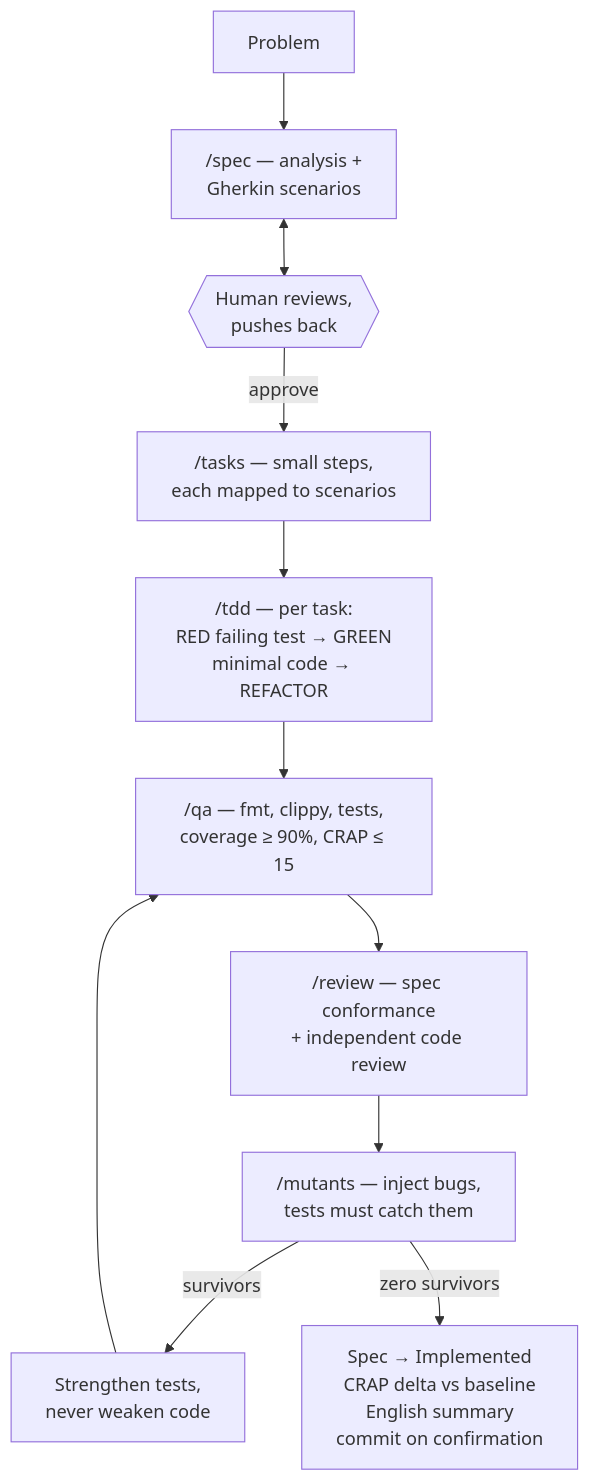
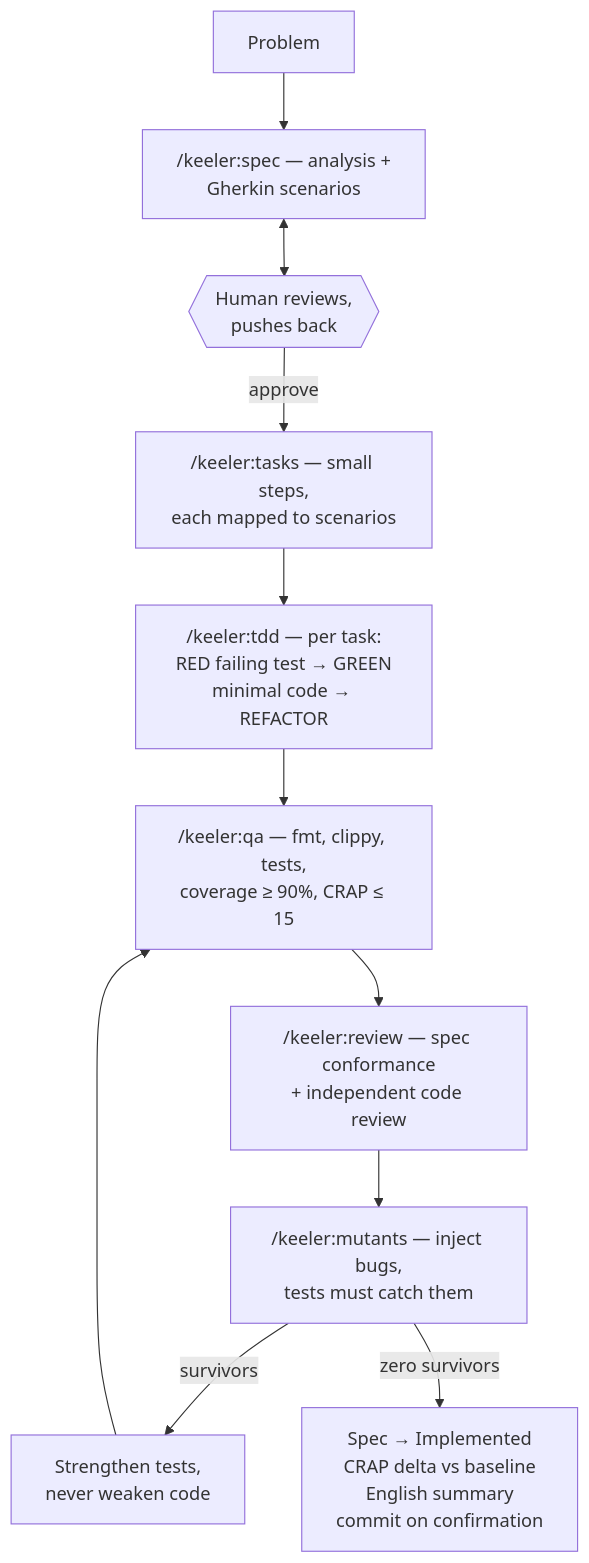
The second of 2 diagrams in KEELER.md (minikin/keeler), drawn with Mermaid before and after one commit. The commit also changed other lines of this file and 18 other files, not shown here.

````diff
--- a/KEELER.md
+++ b/KEELER.md
@@ -65,12 +65,12 @@
 ```mermaid
 flowchart TD
-    P[Problem] --> S["/spec — analysis +<br/>Gherkin scenarios"]
+    P[Problem] --> S["/keeler:spec — analysis +<br/>Gherkin scenarios"]
     S <--> H{{Human reviews,<br/>pushes back}}
-    H -- approve --> T["/tasks — small steps,<br/>each mapped to scenarios"]
-    T --> TDD["/tdd — per task:<br/>RED failing test → GREEN<br/>minimal code → REFACTOR"]
-    TDD --> QA["/qa — fmt, clippy, tests,<br/>coverage ≥ 90%, CRAP ≤ 15"]
-    QA --> R["/review — spec conformance<br/>+ independent code review"]
-    R --> M["/mutants — inject bugs,<br/>tests must catch them"]
+    H -- approve --> T["/keeler:tasks — small steps,<br/>each mapped to scenarios"]
+    T --> TDD["/keeler:tdd — per task:<br/>RED failing test → GREEN<br/>minimal code → REFACTOR"]
+    TDD --> QA["/keeler:qa — fmt, clippy, tests,<br/>coverage ≥ 90%, CRAP ≤ 15"]
+    QA --> R["/keeler:review — spec conformance<br/>+ independent code review"]
+    R --> M["/keeler:mutants — inject bugs,<br/>tests must catch them"]
     M -- "survivors" --> ST[Strengthen tests,<br/>never weaken code] --> QA
     M -- "zero survivors" --> DONE[Spec → Implemented<br/>CRAP delta vs baseline<br/>English summary<br/>commit on confirmation]
 ```
````
